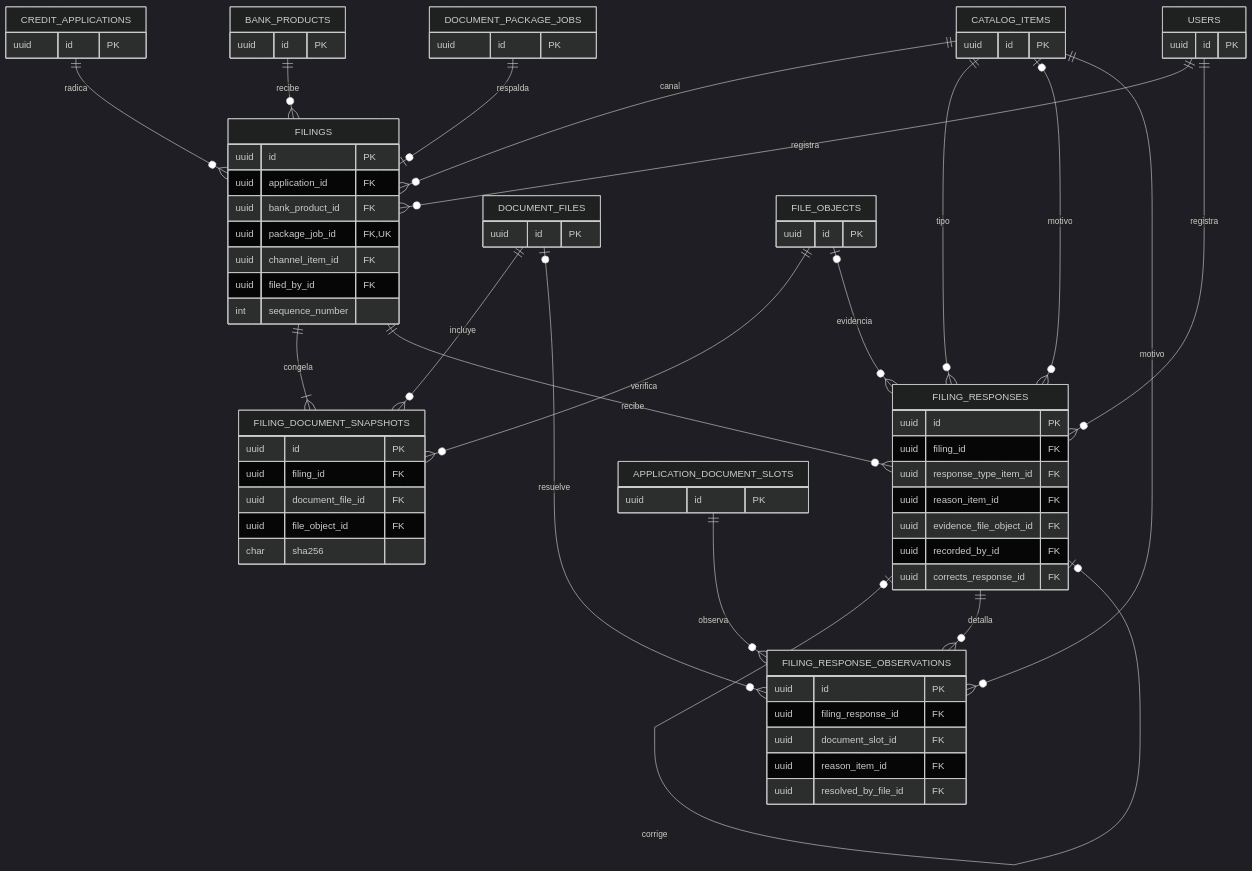
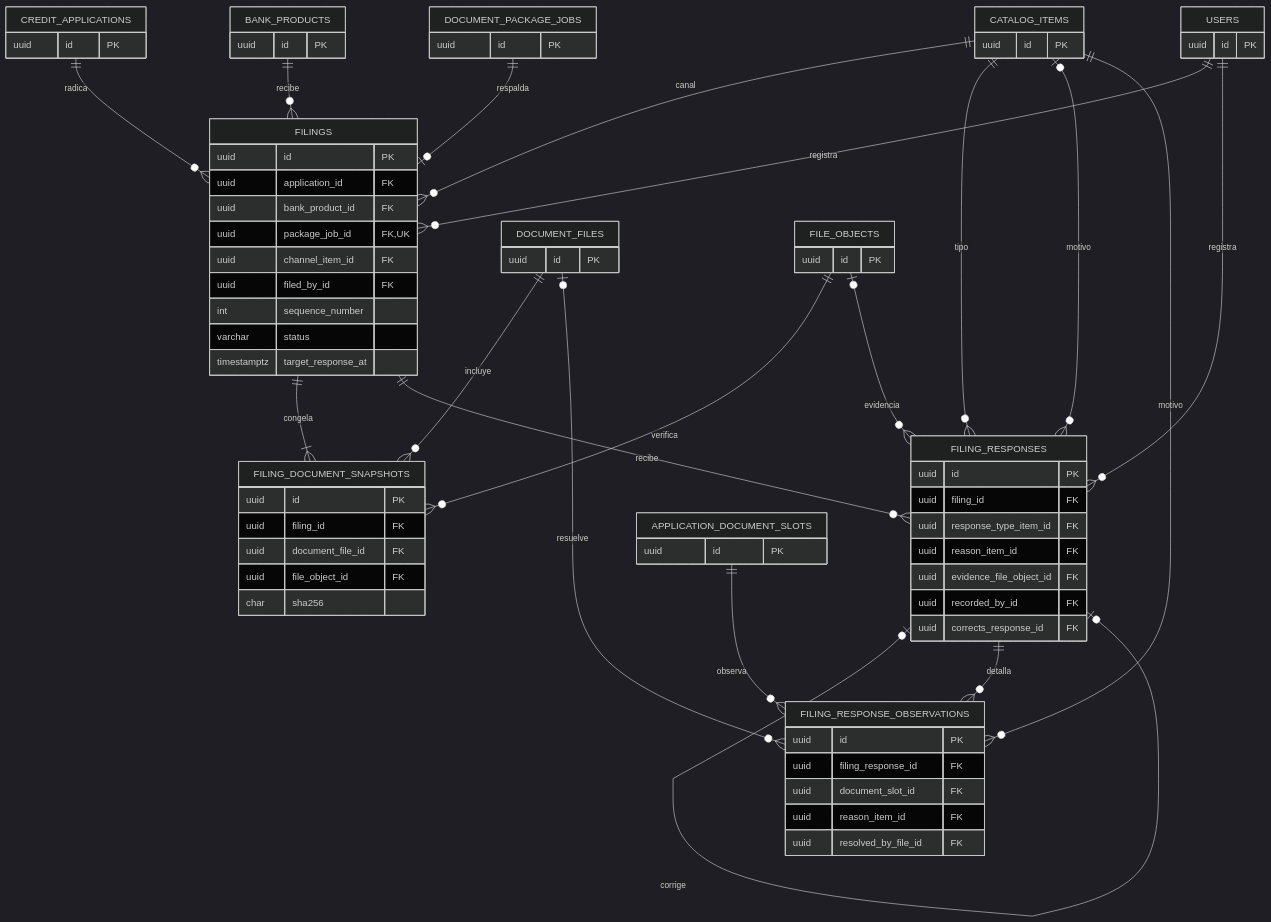
Before and after one commit to CarlosDev88/real-estate-credit-backoffice: the eighth of 9 diagrams in docs/DER_COMPLETO_MVP_CREDITO.md, drawn with Mermaid (dark theme). The commit also changed other lines of this file and 25 other files, not shown here.

````diff
--- a/docs/DER_COMPLETO_MVP_CREDITO.md
+++ b/docs/DER_COMPLETO_MVP_CREDITO.md
@@ -575,78 +576,80 @@
 ```mermaid
 erDiagram
     CREDIT_APPLICATIONS ||--o{ FILINGS : radica
     BANK_PRODUCTS ||--o{ FILINGS : recibe
     DOCUMENT_PACKAGE_JOBS ||--o| FILINGS : respalda
     CATALOG_ITEMS ||--o{ FILINGS : canal
     USERS ||--o{ FILINGS : registra
     FILINGS ||--|{ FILING_DOCUMENT_SNAPSHOTS : congela
     DOCUMENT_FILES ||--o{ FILING_DOCUMENT_SNAPSHOTS : incluye
     FILE_OBJECTS ||--o{ FILING_DOCUMENT_SNAPSHOTS : verifica
     FILINGS ||--o{ FILING_RESPONSES : recibe
     CATALOG_ITEMS ||--o{ FILING_RESPONSES : tipo
     CATALOG_ITEMS o|--o{ FILING_RESPONSES : motivo
     FILE_OBJECTS o|--o{ FILING_RESPONSES : evidencia
     USERS ||--o{ FILING_RESPONSES : registra
     FILING_RESPONSES o|--o| FILING_RESPONSES : corrige
     FILING_RESPONSES ||--o{ FILING_RESPONSE_OBSERVATIONS : detalla
     APPLICATION_DOCUMENT_SLOTS ||--o{ FILING_RESPONSE_OBSERVATIONS : observa
     CATALOG_ITEMS ||--o{ FILING_RESPONSE_OBSERVATIONS : motivo
     DOCUMENT_FILES o|--o{ FILING_RESPONSE_OBSERVATIONS : resuelve
 
     FILINGS {
         uuid id PK
         uuid application_id FK
         uuid bank_product_id FK
         uuid package_job_id FK, UK
         uuid channel_item_id FK
         uuid filed_by_id FK
         int sequence_number
+        varchar status
+        timestamptz target_response_at
     }
     FILING_DOCUMENT_SNAPSHOTS {
         uuid id PK
         uuid filing_id FK
         uuid document_file_id FK
         uuid file_object_id FK
         char sha256
     }
     FILING_RESPONSES {
         uuid id PK
         uuid filing_id FK
         uuid response_type_item_id FK
         uuid reason_item_id FK
         uuid evidence_file_object_id FK
         uuid recorded_by_id FK
         uuid corrects_response_id FK
     }
     FILING_RESPONSE_OBSERVATIONS {
         uuid id PK
         uuid filing_response_id FK
         uuid document_slot_id FK
         uuid reason_item_id FK
         uuid resolved_by_file_id FK
     }
     CREDIT_APPLICATIONS {
         uuid id PK
     }
     BANK_PRODUCTS {
         uuid id PK
     }
     DOCUMENT_PACKAGE_JOBS {
         uuid id PK
     }
     DOCUMENT_FILES {
         uuid id PK
     }
     APPLICATION_DOCUMENT_SLOTS {
         uuid id PK
     }
     FILE_OBJECTS {
         uuid id PK
     }
     CATALOG_ITEMS {
         uuid id PK
     }
     USERS {
         uuid id PK
     }
 ```
````
